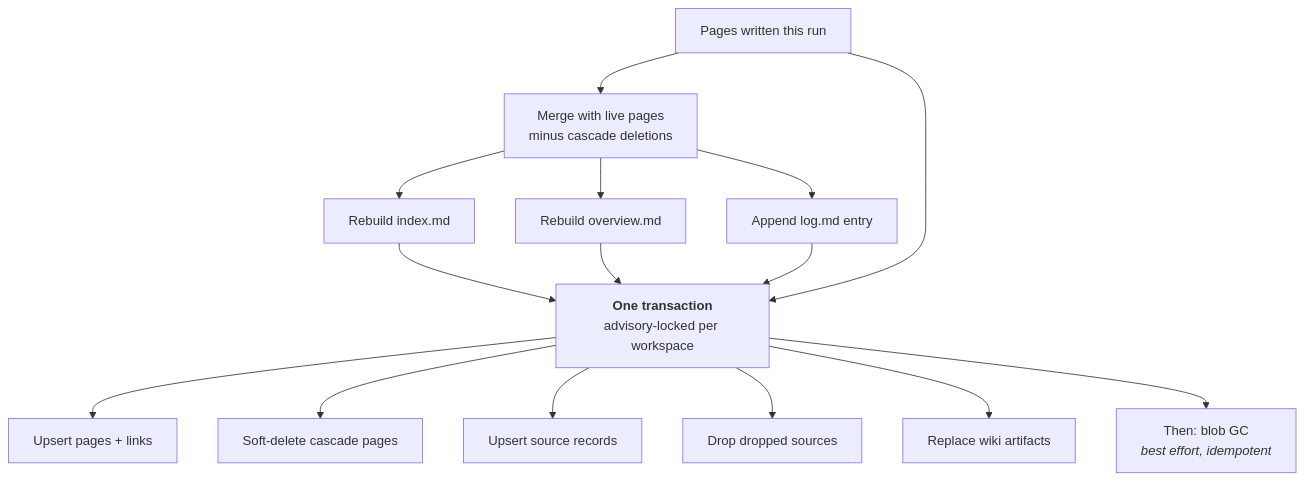
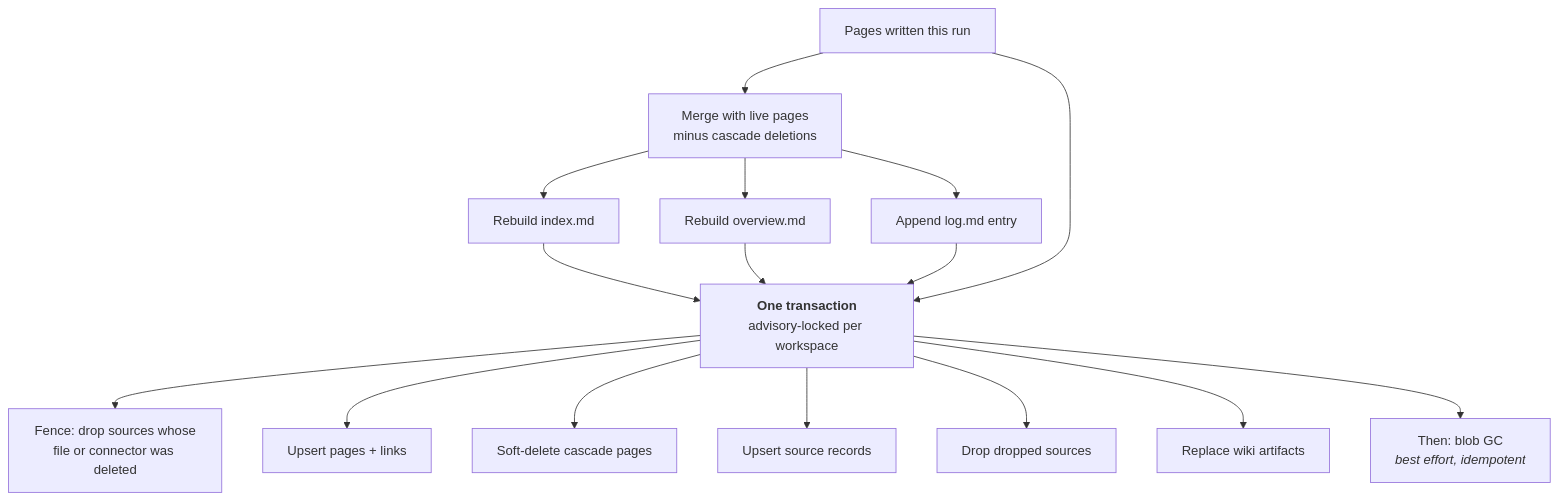
One commit to daiwa-zou/kiln changed the tenth of 17 diagrams in docs/architecture.md. Above: the diagram before and after it, drawn with Mermaid. The commit also changed other lines of this file and 9 other files, not shown here.

````diff
--- a/docs/architecture.md
+++ b/docs/architecture.md
@@ -559,17 +573,18 @@
 ```mermaid
 flowchart TD
     W["Pages written this run"] --> M["Merge with live pages<br/>minus cascade deletions"]
     M --> IX["Rebuild index.md"]
     M --> OV["Rebuild overview.md"]
     M --> LG["Append log.md entry"]
     IX --> TX
     OV --> TX
     LG --> TX
     W --> TX["<b>One transaction</b><br/>advisory-locked per workspace"]
+    TX --> FN["Fence: drop sources whose<br/>file or connector was deleted"]
     TX --> UP["Upsert pages + links"]
     TX --> SD["Soft-delete cascade pages"]
     TX --> SR["Upsert source records"]
     TX --> DS["Drop dropped sources"]
     TX --> AR["Replace wiki artifacts"]
     TX --> GC["Then: blob GC<br/><i>best effort, idempotent</i>"]
 ```
````
